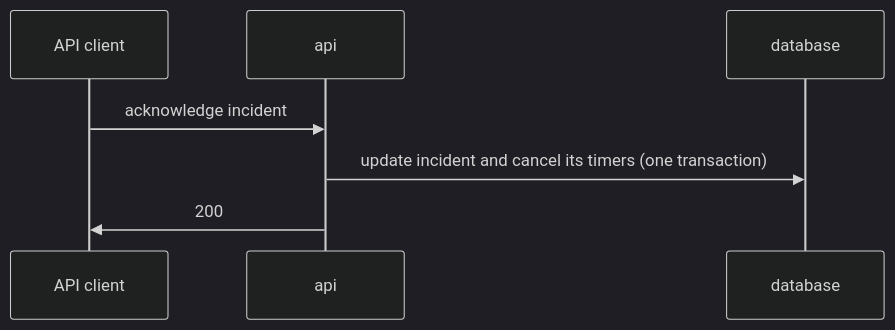
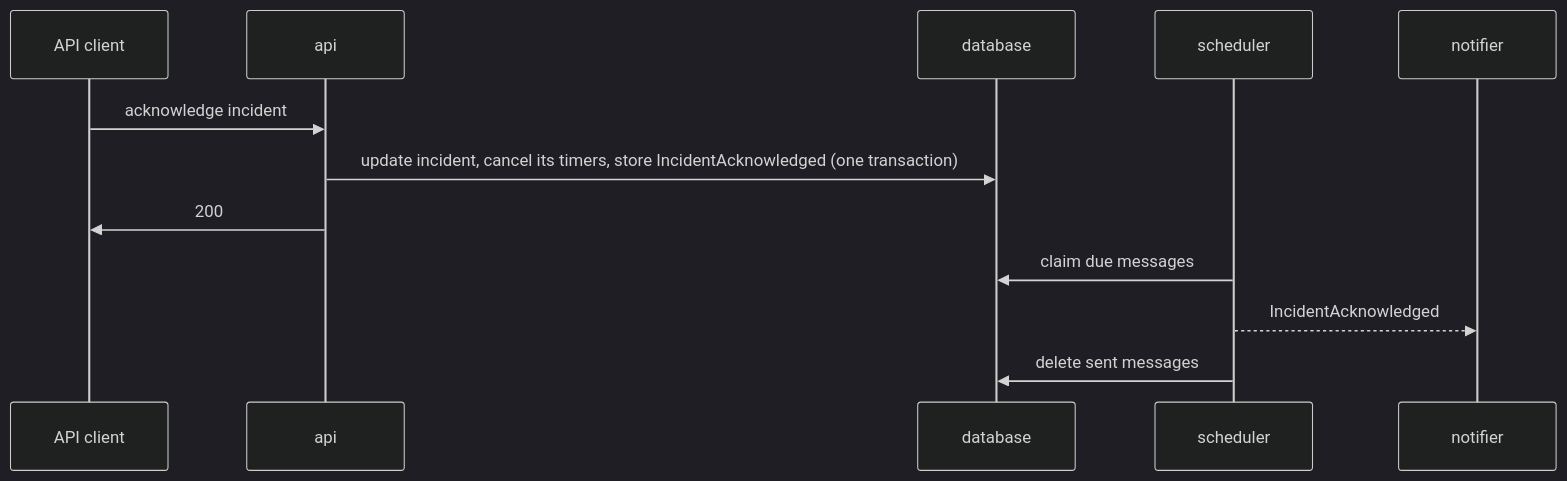
One commit to murphyhq/server changed the fourth of 5 diagrams in docs/architecture.md. Above: the diagram before and after it, drawn with Mermaid (dark theme). The commit also changed other lines of this file and 1 other file, not shown here.

First line of the commit message:
feat(incidents): escalate incidents, acknowledge and resolve them, publish through scheduled messages (#40)

````diff
--- a/docs/architecture.md
+++ b/docs/architecture.md
@@ -154,9 +160,14 @@
 ```mermaid
 sequenceDiagram
   participant C as API client
   participant A as api
   participant D as database
+  participant S as scheduler
+  participant N as notifier
   C->>A: acknowledge incident
-  A->>D: update incident and cancel its timers (one transaction)
+  A->>D: update incident, cancel its timers, store IncidentAcknowledged (one transaction)
   A->>C: 200
+  S->>D: claim due messages
+  S-->>N: IncidentAcknowledged
+  S->>D: delete sent messages
 ```
````
